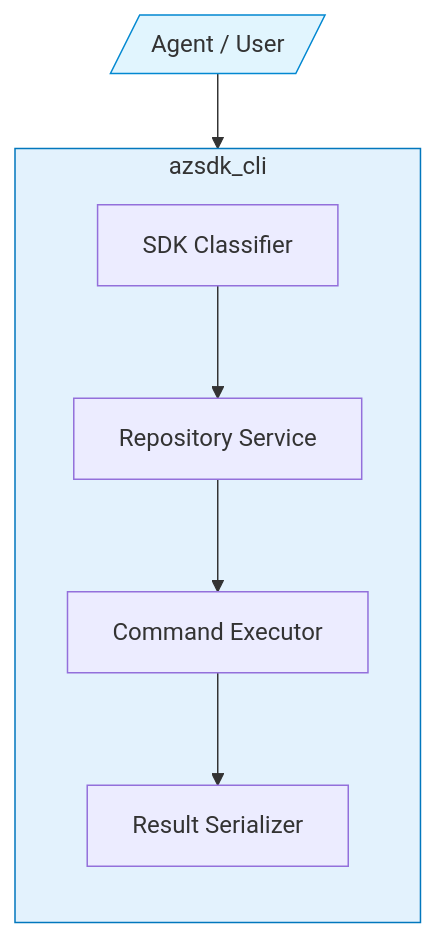
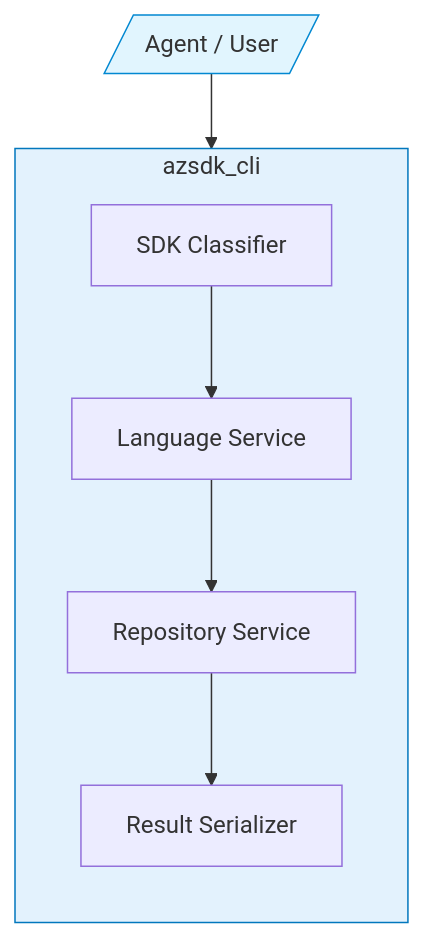
One commit to Azure/azure-sdk-tools changed the first of 2 diagrams in tools/azsdk-cli/docs/specs/6-package-updater.spec.md. Above: the diagram before and after it, drawn with Mermaid.

Commit message:
Updated diagram

````diff
--- a/tools/azsdk-cli/docs/specs/6-package-updater.spec.md
+++ b/tools/azsdk-cli/docs/specs/6-package-updater.spec.md
@@ -243,19 +243,19 @@
 ```mermaid
 flowchart TD
   Agent[/Agent / User/] --> azsdk_cli
 
   subgraph azsdk_cli
     direction TB
     classifier[SDK Classifier]
-    service[Repository Service]
-    executor[Command Executor]
+    languageService[Language Service]
+    repoService[Repository Service]    
     serializer[Result Serializer]
   end
 
-  classifier --> service
-  service --> executor
-  executor --> serializer
+  classifier --> languageService
+  languageService --> repoService
+  repoService --> serializer
 
   style azsdk_cli fill:#e3f2fd,stroke:#0277bd
   style Agent fill:#e1f5fe,stroke:#0288d1
 ```
````
